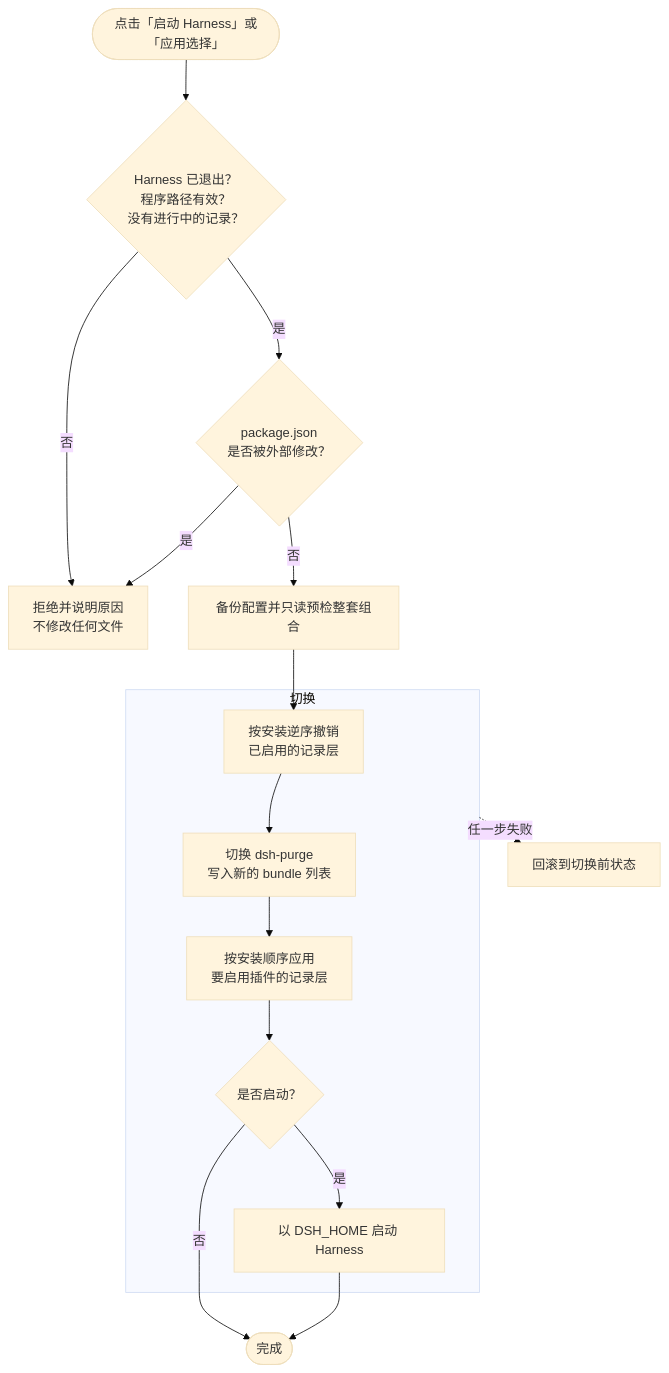
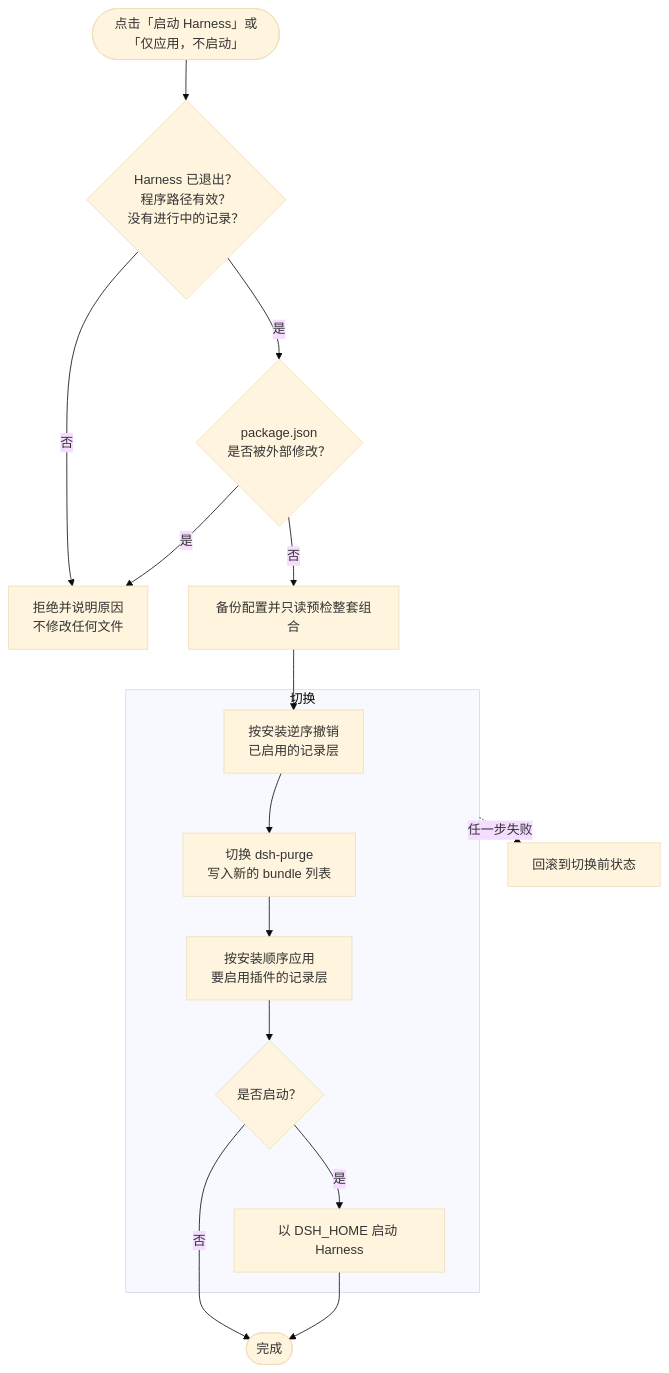
Before and after one commit to schrieeeffer/harness-launcher: the first of 2 diagrams in README.md, drawn with Mermaid (base theme). The commit also changed other lines of this file and 22 other files, not shown here.

````diff
--- a/README.md
+++ b/README.md
@@ -431,18 +432,18 @@
 ```mermaid
 flowchart TD
-    A([点击「启动 Harness」或「应用选择」]) --> B{Harness 已退出？<br/>程序路径有效？<br/>没有进行中的记录？}
+    A([点击「启动 Harness」或「仅应用，不启动」]) --> B{Harness 已退出？<br/>程序路径有效？<br/>没有进行中的记录？}
     B -- 否 --> X[拒绝并说明原因<br/>不修改任何文件]
     B -- 是 --> C{package.json<br/>是否被外部修改？}
     C -- 是 --> X
     C -- 否 --> D[备份配置并只读预检整套组合]
     D --> E
     subgraph S [切换]
         E[按安装逆序撤销<br/>已启用的记录层] --> F[切换 dsh-purge<br/>写入新的 bundle 列表]
         F --> G[按安装顺序应用<br/>要启用插件的记录层]
         G --> H{是否启动？}
         H -- 是 --> I[以 DSH_HOME 启动 Harness]
     end
     H -- 否 --> J([完成])
     I --> J
     S -. 任一步失败 .-> R[回滚到切换前状态]
 ```
````
